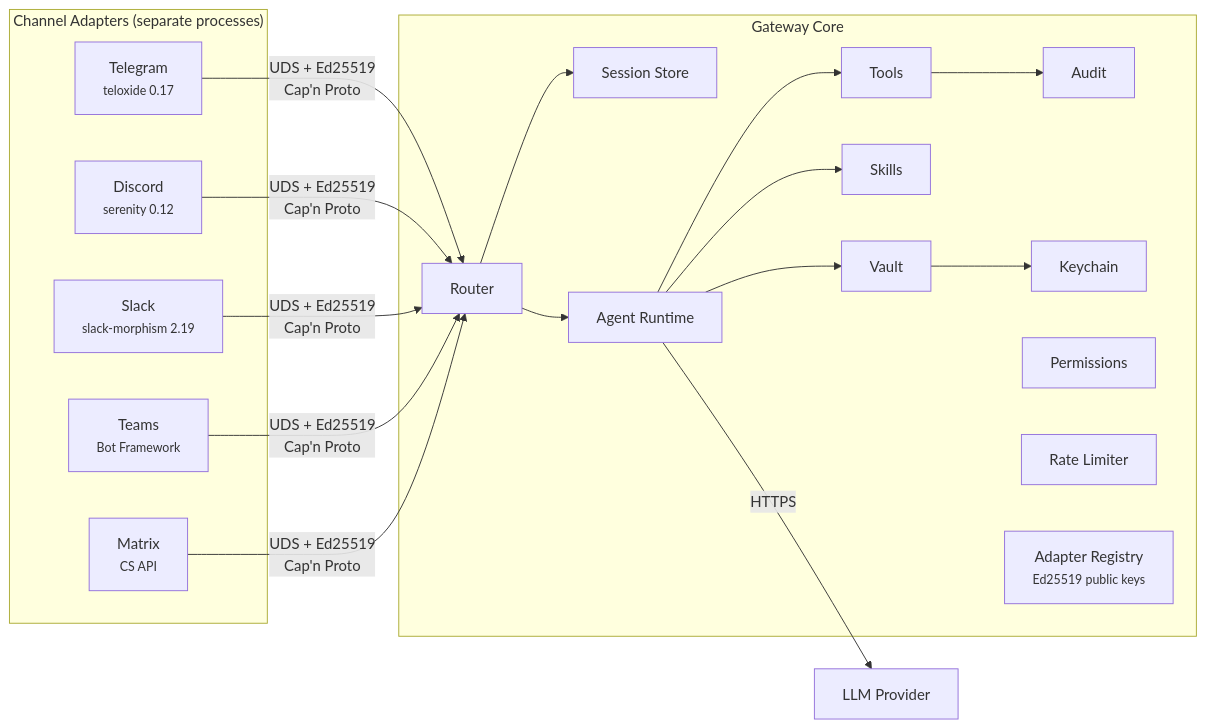
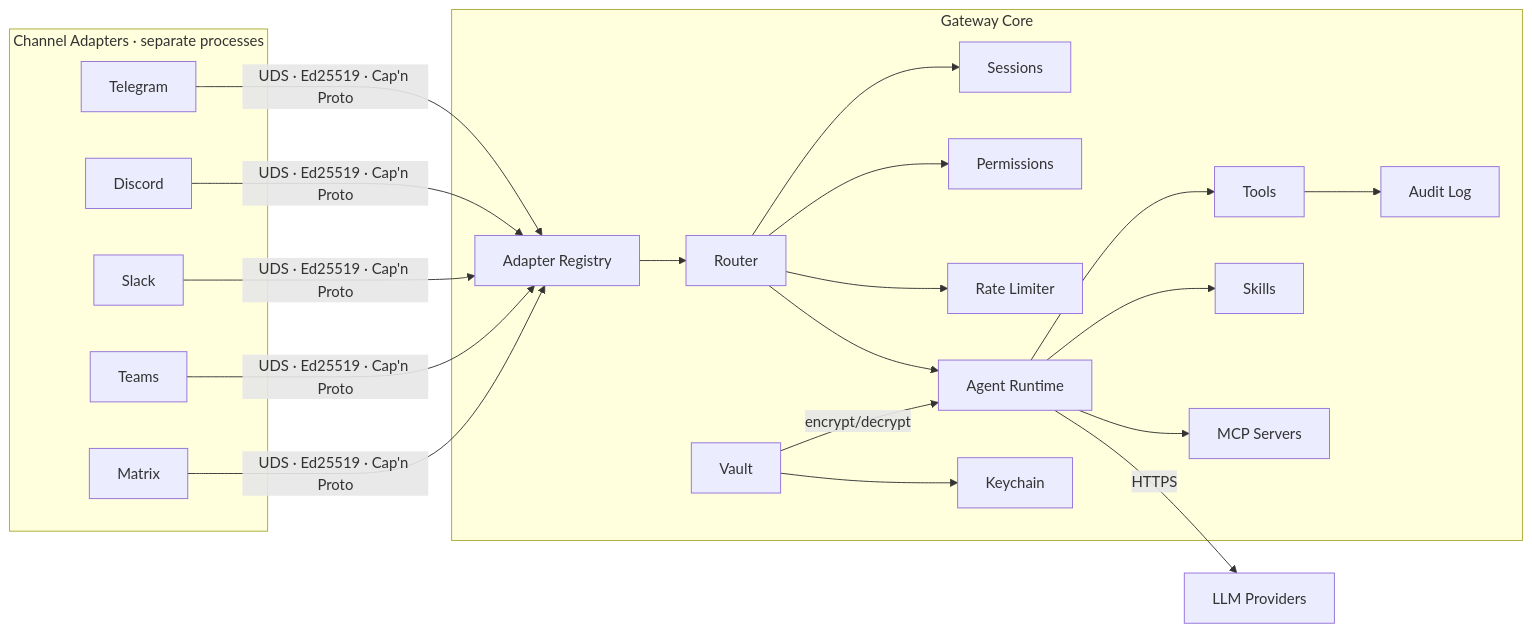
The diagram in README.md (gebruder/wirken), drawn with Mermaid before and after one commit.

Commit message:
docs: clean up Mermaid architecture diagram

````diff
--- a/README.md
+++ b/README.md
@@ -69,31 +69,32 @@
 ```mermaid
 graph LR
-    subgraph Adapters["Channel Adapters (separate processes)"]
-        T["Telegram<br/><small>teloxide 0.17</small>"]
-        D["Discord<br/><small>serenity 0.12</small>"]
-        S["Slack<br/><small>slack-morphism 2.19</small>"]
-        TM["Teams<br/><small>Bot Framework</small>"]
-        M["Matrix<br/><small>CS API</small>"]
+    subgraph Adapters["Channel Adapters · separate processes"]
+        T[Telegram]
+        D[Discord]
+        S[Slack]
+        TM[Teams]
+        M[Matrix]
     end
 
     subgraph Gateway["Gateway Core"]
-        Router --> Session["Session Store"]
-        Router --> Agent["Agent Runtime"]
+        Registry[Adapter Registry] --> Router
+        Router --> Sessions
+        Router --> Permissions
+        Router --> RateLimit[Rate Limiter]
+        Router --> Agent[Agent Runtime]
         Agent --> Tools
         Agent --> Skills
-        Tools --> Audit
-        Agent --> Vault
+        Agent --> MCP[MCP Servers]
+        Tools --> Audit[Audit Log]
         Vault --> Keychain
-        Permissions
-        RateLimit["Rate Limiter"]
-        Registry["Adapter Registry<br/><small>Ed25519 public keys</small>"]
     end
 
-    T -- "UDS + Ed25519<br/>Cap'n Proto" --> Router
-    D -- "UDS + Ed25519<br/>Cap'n Proto" --> Router
-    S -- "UDS + Ed25519<br/>Cap'n Proto" --> Router
-    TM -- "UDS + Ed25519<br/>Cap'n Proto" --> Router
-    M -- "UDS + Ed25519<br/>Cap'n Proto" --> Router
+    T -- "UDS · Ed25519 · Cap'n Proto" --> Registry
+    D -- "UDS · Ed25519 · Cap'n Proto" --> Registry
+    S -- "UDS · Ed25519 · Cap'n Proto" --> Registry
+    TM -- "UDS · Ed25519 · Cap'n Proto" --> Registry
+    M -- "UDS · Ed25519 · Cap'n Proto" --> Registry
 
-    Agent -- HTTPS --> LLM["LLM Provider"]
+    Agent -- HTTPS --> LLM[LLM Providers]
+    Vault -- encrypt/decrypt --> Agent
 ```
````
